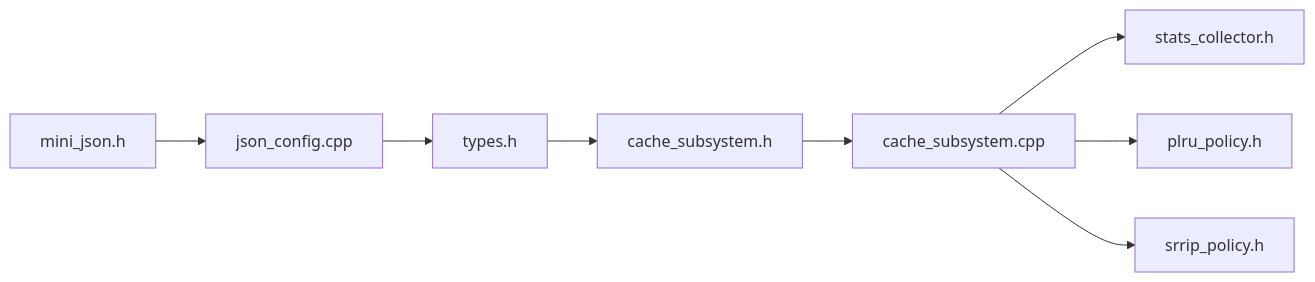
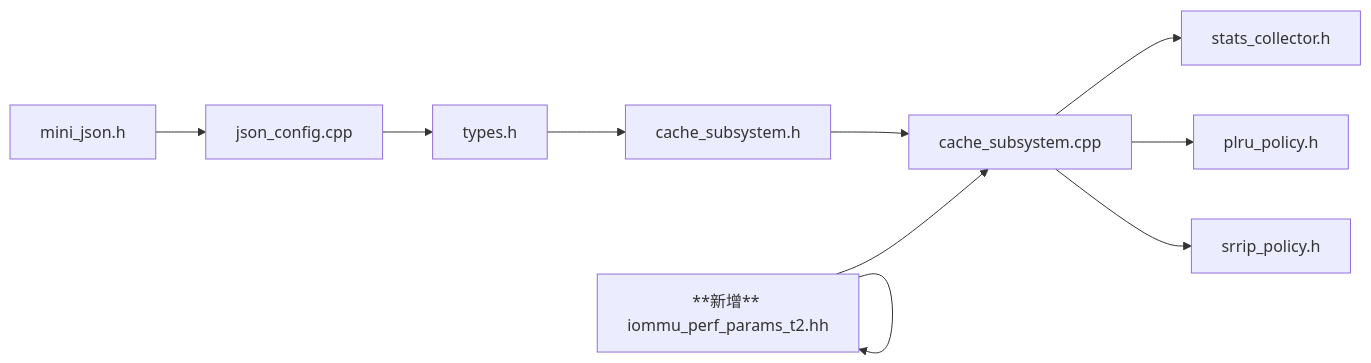
Before and after one commit to jiangjiang1122/iommu_model_20260401_v1: the sixth of 6 diagrams in .qoder/repowiki/zh/content/配置和参数管理.md, drawn with Mermaid. The commit also changed other lines of this file and 72 other files, not shown here.

````diff
--- a/.qoder/repowiki/zh/content/配置和参数管理.md
+++ b/.qoder/repowiki/zh/content/配置和参数管理.md
@@ -348,10 +445,12 @@
 ```mermaid
 graph LR
 MJH["mini_json.h"] --> JCC["json_config.cpp"]
 JCC --> TYH["types.h"]
 TYH --> CSH["cache_subsystem.h"]
 CSH --> CSC["cache_subsystem.cpp"]
 CSC --> SCH["stats_collector.h"]
 CSC --> PLH["plru_policy.h"]
 CSC --> SRH["srrip_policy.h"]
+PPH["**新增** iommu_perf_params_t2.hh"] --> CSC
+PPH --> PPH
 ```
````
